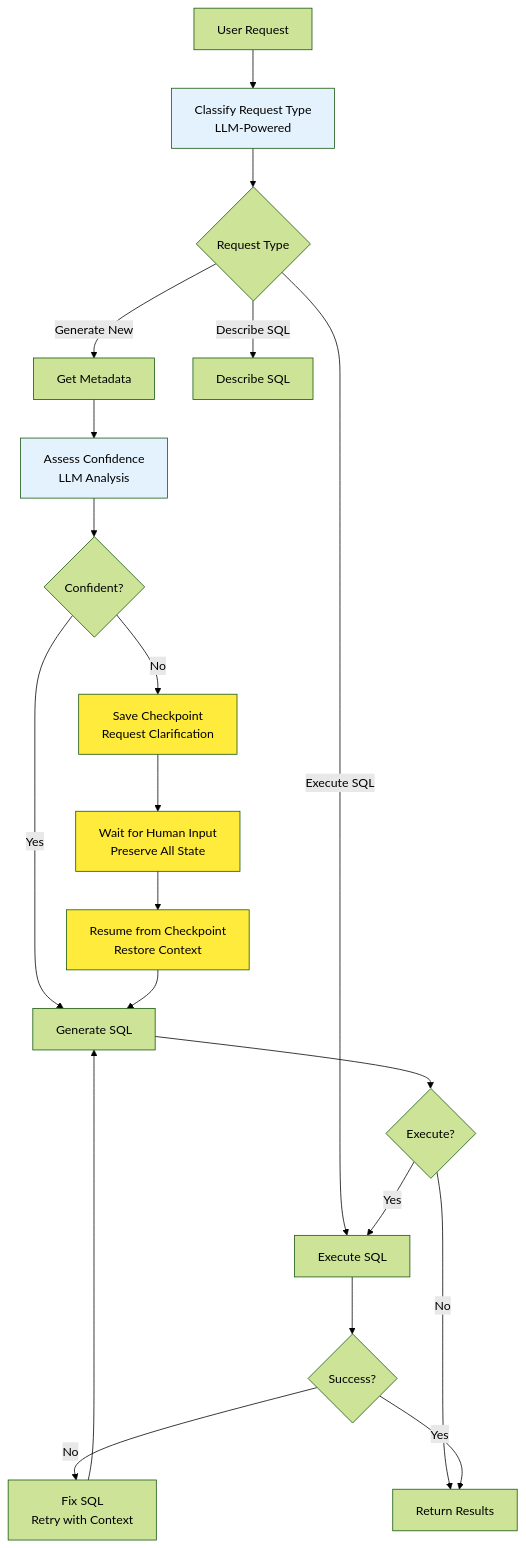
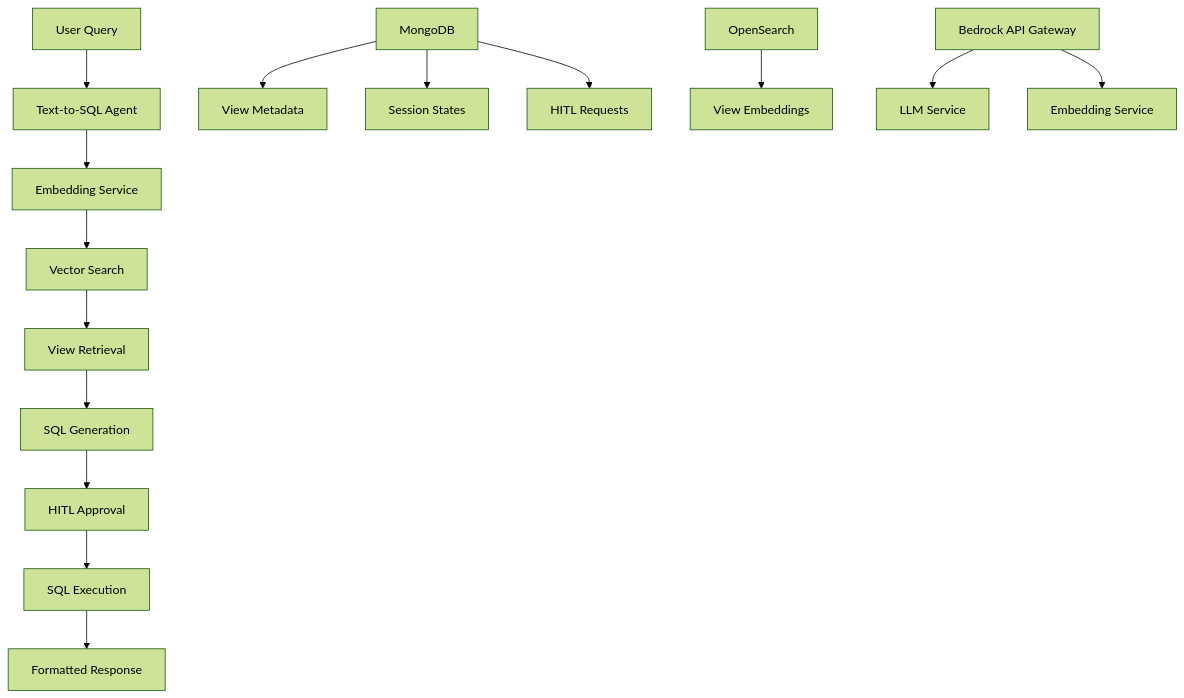
One commit to zwchristie/llamaindex_rag changed the diagram in README.md. Above: the diagram before and after it, drawn with Mermaid (forest theme). The commit also changed other lines of this file and 39 other files, not shown here.

````diff
--- a/README.md
+++ b/README.md
@@ -368,28 +16,20 @@
 ```mermaid
 graph TD
-    A[User Request] --> B[Classify Request Type<br/>LLM-Powered]
-    B --> C{Request Type}
-    C -->|Generate New| D[Get Metadata]
-    C -->|Describe SQL| E[Describe SQL]
-    C -->|Execute SQL| F[Execute SQL]
-    D --> G[Assess Confidence<br/>LLM Analysis]
-    G --> H{Confident?}
-    H -->|No| I[Save Checkpoint<br/>Request Clarification]
-    H -->|Yes| J[Generate SQL]
-    I --> K[Wait for Human Input<br/>Preserve All State]
-    K --> L[Resume from Checkpoint<br/>Restore Context]
-    L --> J
-    J --> M{Execute?}
-    M -->|Yes| F
-    M -->|No| N[Return Results]
-    F --> O{Success?}
-    O -->|No| P[Fix SQL<br/>Retry with Context]
-    O -->|Yes| N
-    P --> J
+    A[User Query] --> B[Text-to-SQL Agent]
+    B --> C[Embedding Service]
+    C --> D[Vector Search]
+    D --> E[View Retrieval]
+    E --> F[SQL Generation]
+    F --> G[HITL Approval]
+    G --> H[SQL Execution]
+    H --> I[Formatted Response]
     
-    style I fill:#ffeb3b
-    style K fill:#ffeb3b
-    style L fill:#ffeb3b
-    style B fill:#e3f2fd
-    style G fill:#e3f2fd
+    J[MongoDB] --> K[View Metadata]
+    J --> L[Session States]
+    J --> M[HITL Requests]
+    
+    N[OpenSearch] --> O[View Embeddings]
+    
+    P[Bedrock API Gateway] --> Q[LLM Service]
+    P --> R[Embedding Service]
 ```
````
